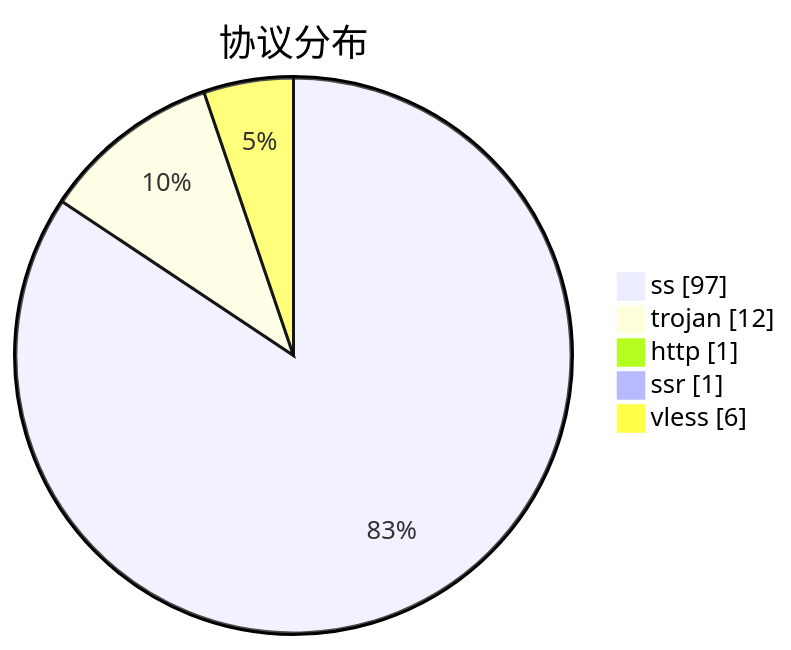
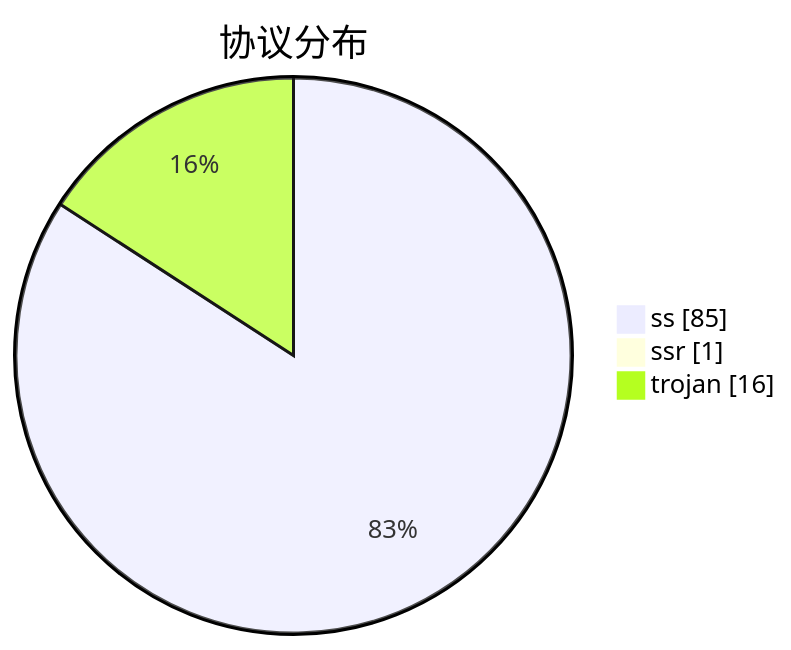
The third of 3 diagrams in subs/statistics/tested_within.md (qjlxg/airport), drawn with Mermaid before and after one commit. The commit also changed other lines of this file and 2 other files, not shown here.

````diff
--- a/subs/statistics/tested_within.md
+++ b/subs/statistics/tested_within.md
@@ -33,9 +29,7 @@
 ```mermaid
 pie showData
 title 协议分布
-"ss" : 97
-"trojan" : 12
-"http" : 1
+"ss" : 85
 "ssr" : 1
-"vless" : 6
+"trojan" : 16
 ```
````
